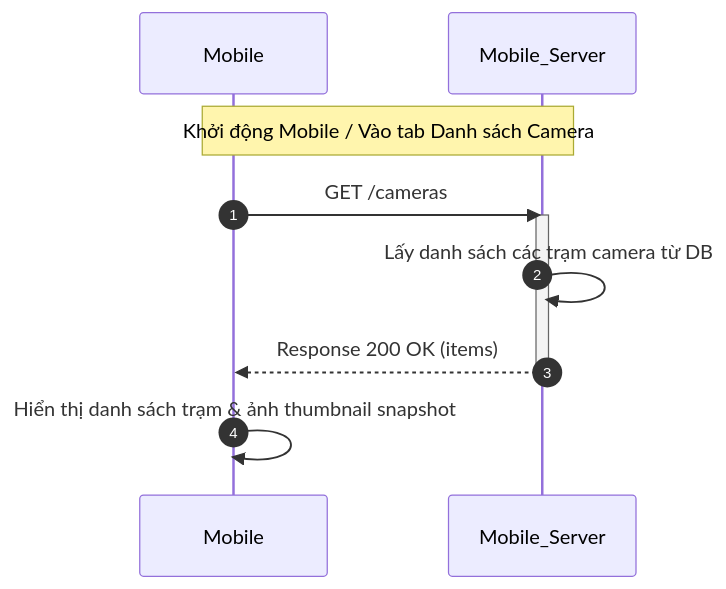
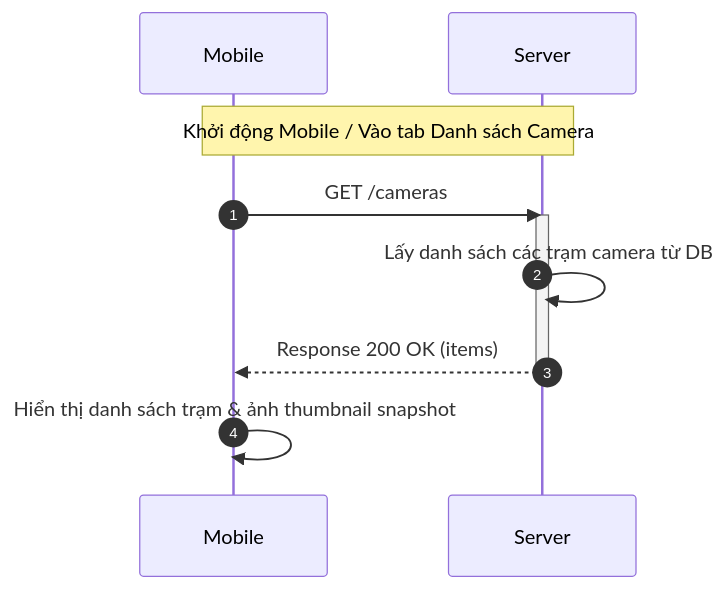
Before and after one commit to trungnguyenthien/Wildlife-Warning-and-Deterrence-System: the fourth of 18 diagrams in docs/04-sequence-diagram.md, drawn with Mermaid. The commit also changed other lines of this file, not shown here.

Commit message:
docs: update sequence diagram to reflect latest system workflow changes

````diff
--- a/docs/04-sequence-diagram.md
+++ b/docs/04-sequence-diagram.md
@@ -217,14 +217,14 @@
 ```mermaid
 sequenceDiagram
     autonumber
     participant Mobile as Mobile
-    participant Mobile_Server as Mobile_Server
+    participant Server as Server
 
-    Note over Mobile, Mobile_Server: Khởi động Mobile / Vào tab Danh sách Camera
-    Mobile->>Mobile_Server: GET /cameras
-    activate Mobile_Server
-    Mobile_Server->>Mobile_Server: Lấy danh sách các trạm camera từ DB
-    Mobile_Server-->>Mobile: Response 200 OK (items)
-    deactivate Mobile_Server
+    Note over Mobile, Server: Khởi động Mobile / Vào tab Danh sách Camera
+    Mobile->>Server: GET /cameras
+    activate Server
+    Server->>Server: Lấy danh sách các trạm camera từ DB
+    Server-->>Mobile: Response 200 OK (items)
+    deactivate Server
     Mobile->>Mobile: Hiển thị danh sách trạm & ảnh thumbnail snapshot
 ```
````
